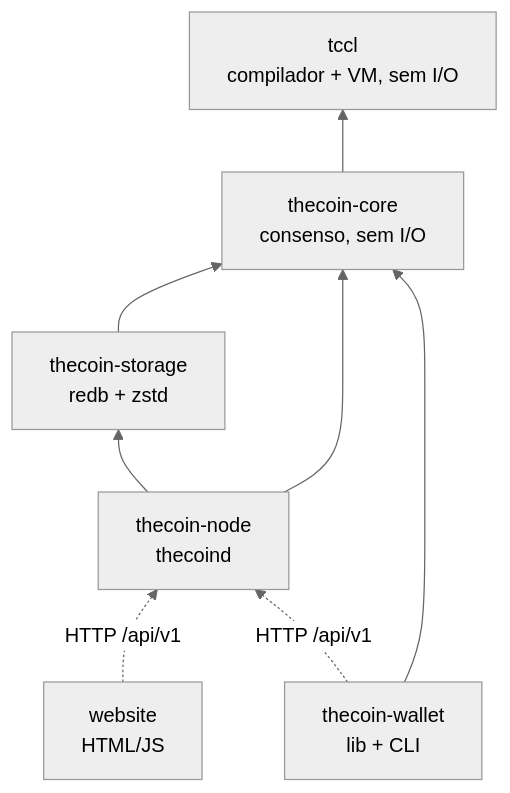
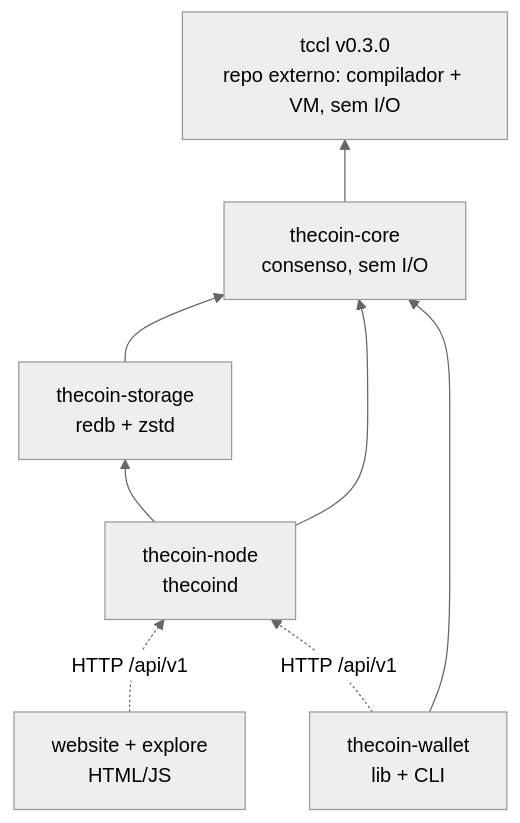
One commit to LucasBolla94/thecoin changed the first of 3 diagrams in docs/ARCHITECTURE.md. Above: the diagram before and after it, drawn with Mermaid (neutral theme). The commit also changed other lines of this file and 7 other files, not shown here.

First line of the commit message:
docs: RandomX, 15 s blocks, uncles, signed finality, pruning and TCCL v2 across the protocol, architecture, operations, P2P, contracts, governance, roadmap and wallet guides

````diff
--- a/docs/ARCHITECTURE.md
+++ b/docs/ARCHITECTURE.md
@@ -23,16 +35,16 @@
 ```mermaid
 flowchart BT
-    tccl[tccl<br/>compilador + VM, sem I/O]
+    tccl[tccl v0.3.0<br/>repo externo: compilador + VM, sem I/O]
     core[thecoin-core<br/>consenso, sem I/O]
     storage[thecoin-storage<br/>redb + zstd]
     node[thecoin-node<br/>thecoind]
     wallet[thecoin-wallet<br/>lib + CLI]
-    site[website<br/>HTML/JS]
+    site[website + explore<br/>HTML/JS]
     core --> tccl
     storage --> core
     node --> core
     node --> storage
     wallet --> core
     site -. HTTP /api/v1 .-> node
     wallet -. HTTP /api/v1 .-> node
 ```
````
